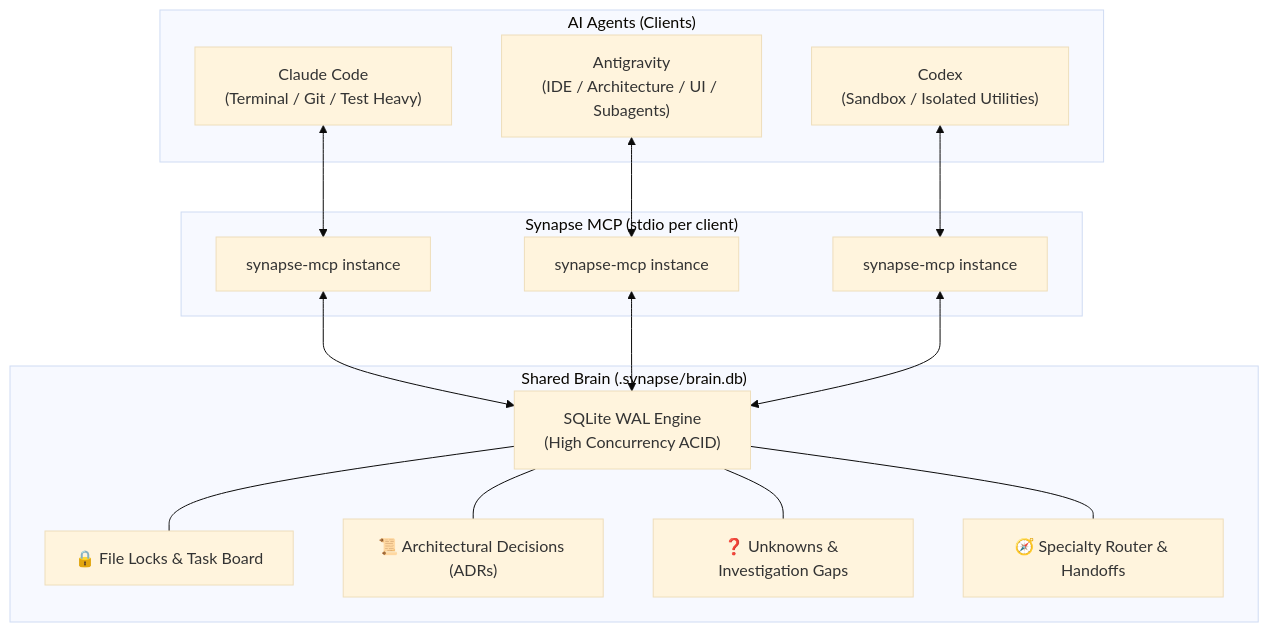
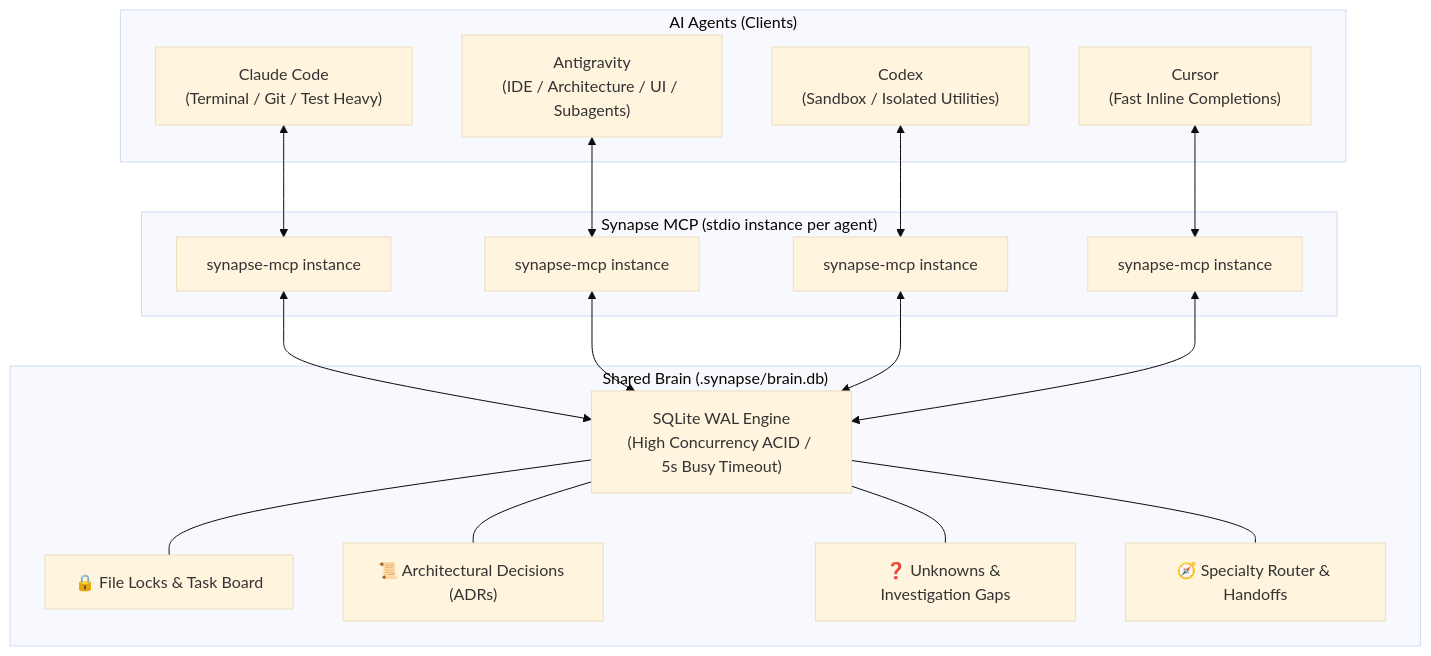
Before and after one commit to holaluiz/synapse-mcp: the diagram in README.md, drawn with Mermaid (base theme). The commit also changed other lines of this file and 4 other files, not shown here.

Commit message:
docs: add bilingual Portuguese README, architecture guide, tool reference and workflows

````diff
--- a/README.md
+++ b/README.md
@@ -23,35 +36,39 @@
 ```mermaid
 flowchart TD
     subgraph "AI Agents (Clients)"
         AG1["Claude Code<br/>(Terminal / Git / Test Heavy)"]
         AG2["Antigravity<br/>(IDE / Architecture / UI / Subagents)"]
         AG3["Codex<br/>(Sandbox / Isolated Utilities)"]
+        AG4["Cursor<br/>(Fast Inline Completions)"]
     end
 
-    subgraph "Synapse MCP (stdio per client)"
+    subgraph "Synapse MCP (stdio instance per agent)"
         MCP1["synapse-mcp instance"]
         MCP2["synapse-mcp instance"]
         MCP3["synapse-mcp instance"]
+        MCP4["synapse-mcp instance"]
     end
 
     subgraph "Shared Brain (.synapse/brain.db)"
-        WAL["SQLite WAL Engine<br/>(High Concurrency ACID)"]
+        WAL["SQLite WAL Engine<br/>(High Concurrency ACID / 5s Busy Timeout)"]
         LOCKS["🔒 File Locks & Task Board"]
         ADRS["📜 Architectural Decisions (ADRs)"]
         UNK["❓ Unknowns & Investigation Gaps"]
         SPEC["🧭 Specialty Router & Handoffs"]
     end
 
     AG1 <--> MCP1
     AG2 <--> MCP2
     AG3 <--> MCP3
+    AG4 <--> MCP4
 
     MCP1 <--> WAL
     MCP2 <--> WAL
     MCP3 <--> WAL
+    MCP4 <--> WAL
 
     WAL --- LOCKS
     WAL --- ADRS
     WAL --- UNK
     WAL --- SPEC
 ```
````
